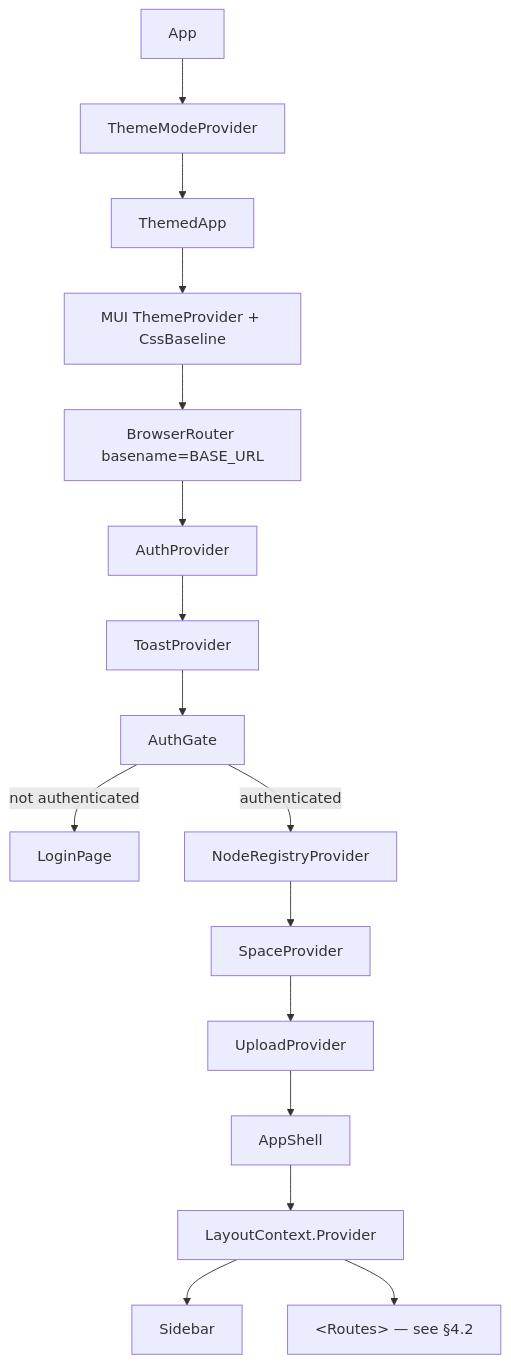
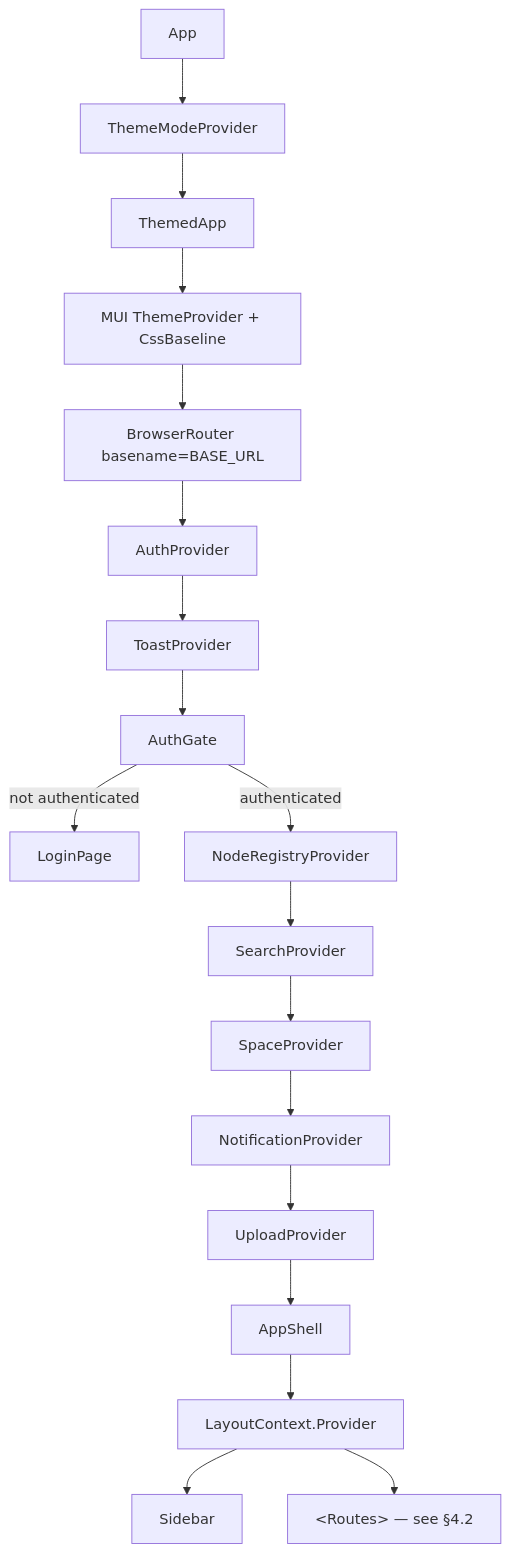
The diagram in spec/loom/ui/LOOM_UI.md (metaloom/metaloom), drawn with Mermaid before and after one commit. The commit also changed other lines of this file and 91 other files, not shown here.

````diff
--- a/spec/loom/ui/LOOM_UI.md
+++ b/spec/loom/ui/LOOM_UI.md
@@ -110,18 +110,20 @@
 ```mermaid
 graph TD
     App --> ThemeModeProvider
     ThemeModeProvider --> ThemedApp
     ThemedApp --> MUIThemeProvider[MUI ThemeProvider + CssBaseline]
     MUIThemeProvider --> BrowserRouter["BrowserRouter basename=BASE_URL"]
     BrowserRouter --> AuthProvider
     AuthProvider --> ToastProvider
     ToastProvider --> AuthGate
     AuthGate -->|not authenticated| LoginPage
     AuthGate -->|authenticated| NodeRegistryProvider
-    NodeRegistryProvider --> SpaceProvider
-    SpaceProvider --> UploadProvider
+    NodeRegistryProvider --> SearchProvider
+    SearchProvider --> SpaceProvider
+    SpaceProvider --> NotificationProvider
+    NotificationProvider --> UploadProvider
     UploadProvider --> AppShell
     AppShell --> LayoutContext[LayoutContext.Provider]
     LayoutContext --> Sidebar
     LayoutContext --> RouteTable["&lt;Routes&gt; — see §4.2"]
 ```
````
